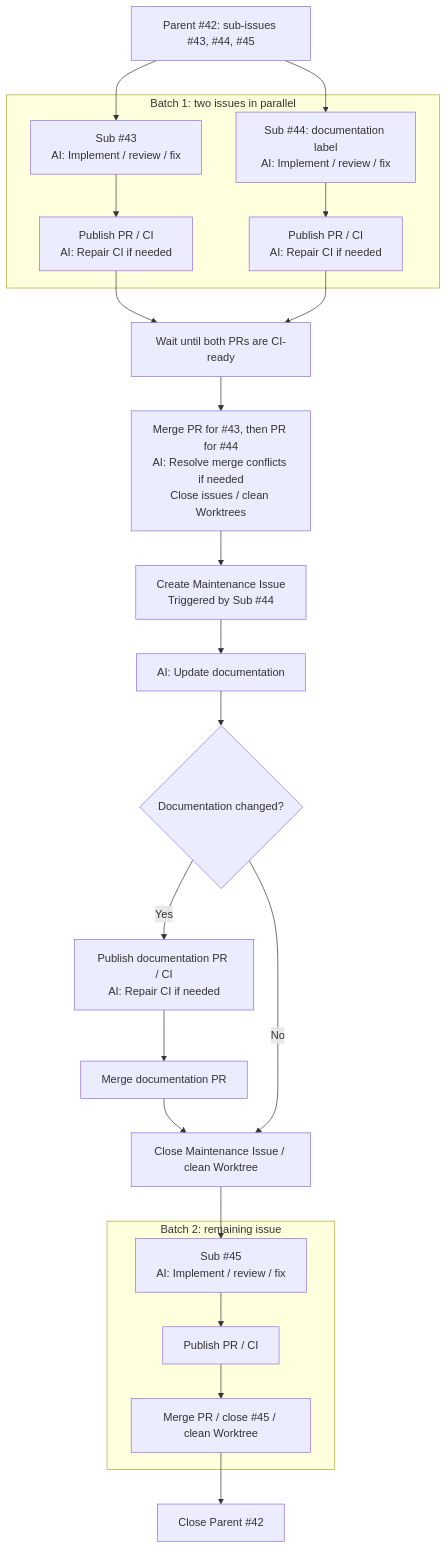
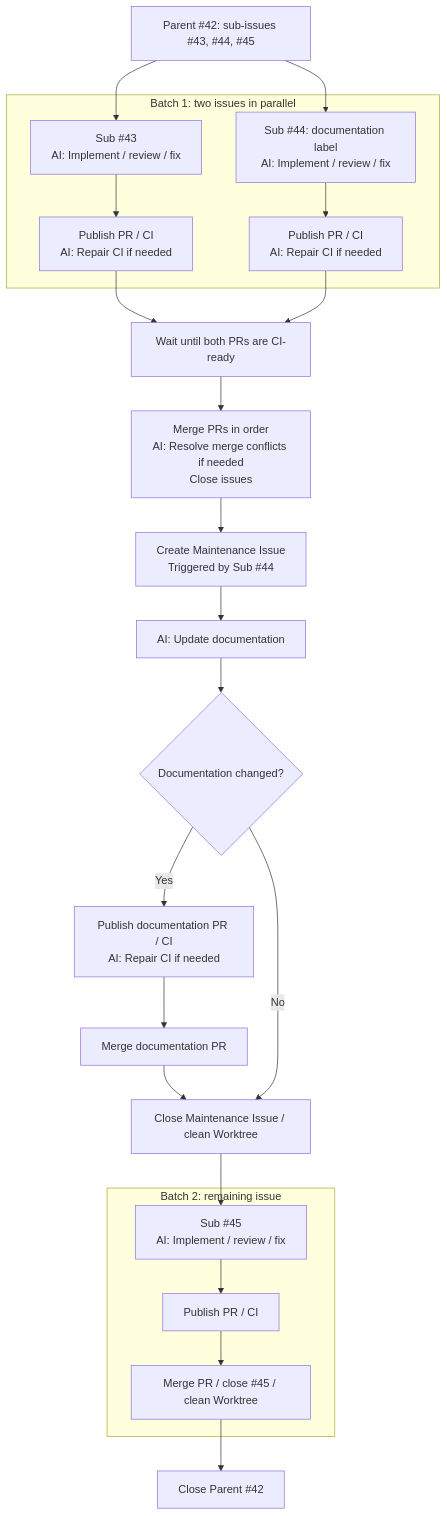
Before and after one commit to BuddyLabsCo/sandcastle-runner: the diagram in README.md, drawn with Mermaid. The commit also changed other lines of this file, not shown here.

````diff
--- a/README.md
+++ b/README.md
@@ -24,23 +24,23 @@
 ```mermaid
 flowchart TD
     P["Parent #42: sub-issues #43, #44, #45"] --> A43 & A44
     subgraph B1["Batch 1: two issues in parallel"]
         A43["Sub #43<br/>AI: Implement / review / fix"] --> C43["Publish PR / CI<br/>AI: Repair CI if needed"]
         A44["Sub #44: documentation label<br/>AI: Implement / review / fix"] --> C44["Publish PR / CI<br/>AI: Repair CI if needed"]
     end
     C43 & C44 --> G["Wait until both PRs are CI-ready"]
-    G --> M["Merge PR for #43, then PR for #44<br/>AI: Resolve merge conflicts if needed<br/>Close issues / clean Worktrees"]
+    G --> M["Merge PRs in order<br/>AI: Resolve merge conflicts if needed<br/>Close issues"]
     M --> D["Create Maintenance Issue<br/>Triggered by Sub #44"]
     D --> U["AI: Update documentation"]
     U --> Q{"Documentation changed?"}
     Q -- Yes --> DC["Publish documentation PR / CI<br/>AI: Repair CI if needed"]
     DC --> DM["Merge documentation PR"]
     DM --> DF["Close Maintenance Issue / clean Worktree"]
     Q -- No --> DF
     DF --> A45
     subgraph B2["Batch 2: remaining issue"]
         A45["Sub #45<br/>AI: Implement / review / fix"] --> C45["Publish PR / CI"]
         C45 --> M45["Merge PR / close #45 / clean Worktree"]
     end
     M45 --> F["Close Parent #42"]
 ```
````
